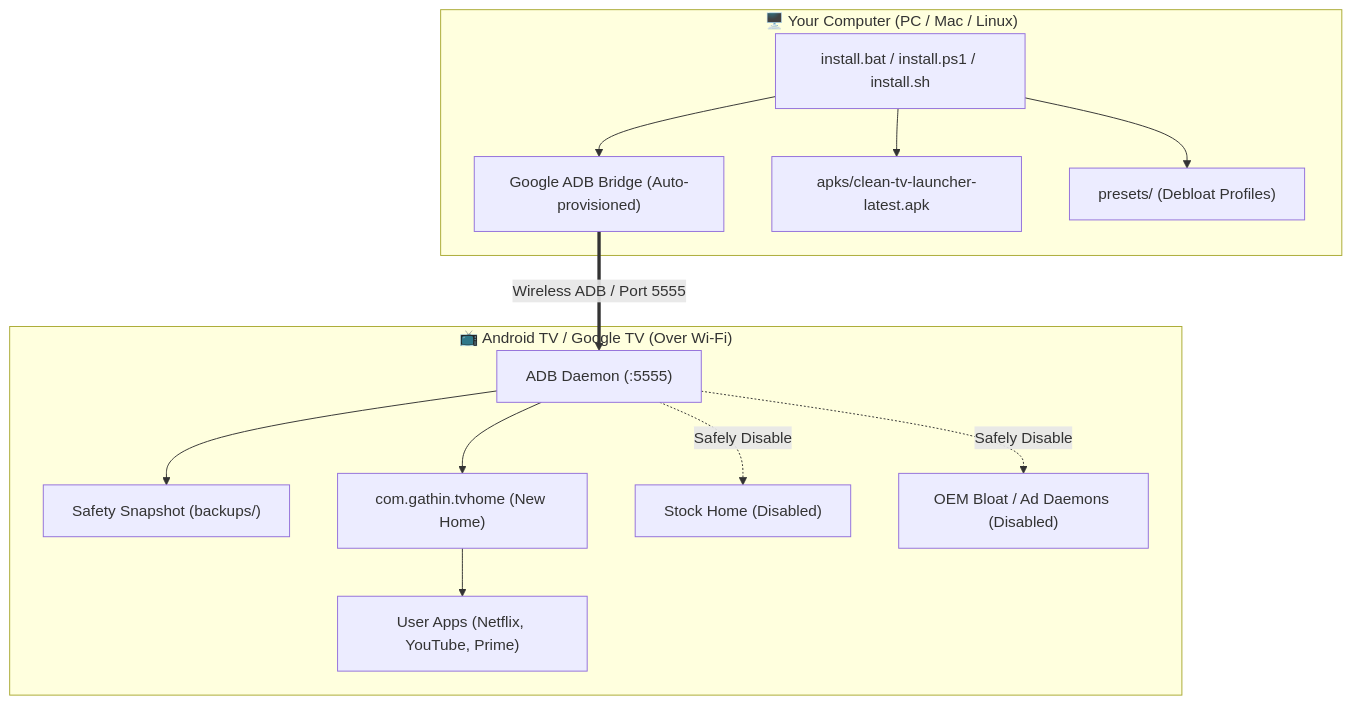
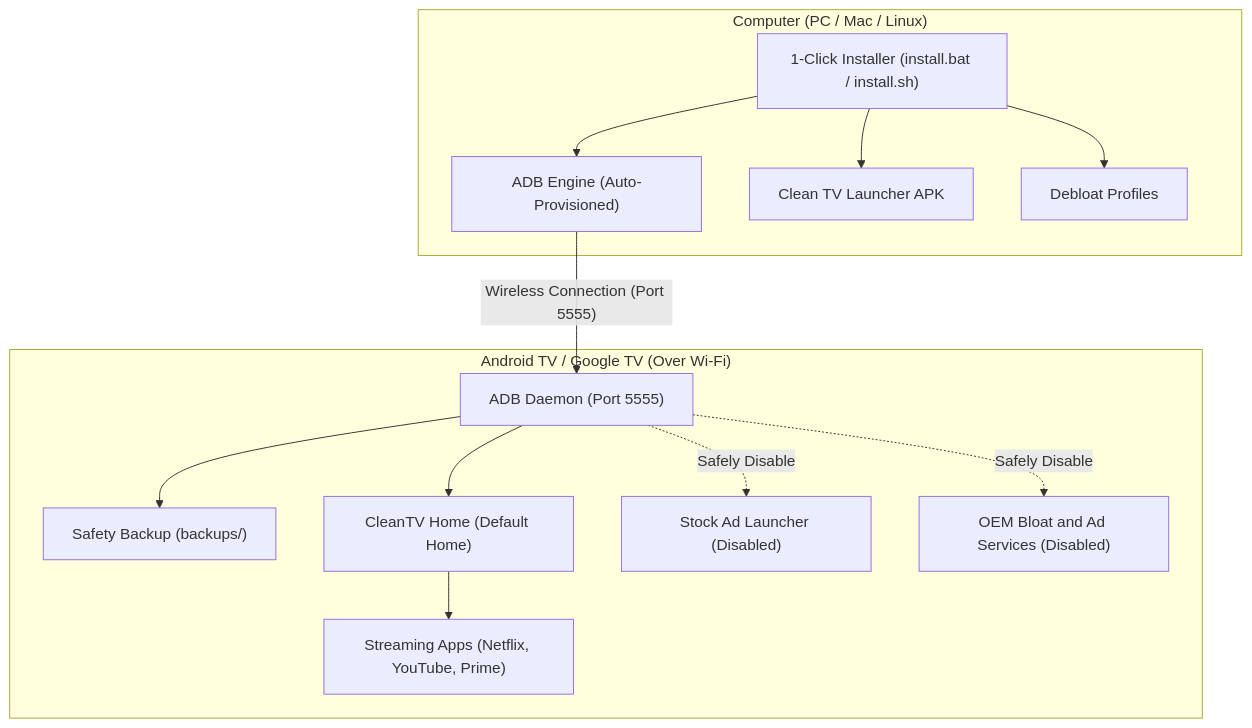
The first of 3 diagrams in README.md (Rishisharma029/CleanTV-Home), drawn with Mermaid before and after one commit. The commit also changed other lines of this file, not shown here.

Commit message:
fix(docs): resolve GitHub Mermaid diagram syntax errors

````diff
--- a/README.md
+++ b/README.md
@@ -39,29 +39,29 @@
 ```mermaid
 flowchart TD
-    subgraph PC["🖥️ Your Computer (PC / Mac / Linux)"]
-        Installer["install.bat / install.ps1 / install.sh"]
-        ADB["Google ADB Bridge (Auto-provisioned)"]
-        APKs["apks/clean-tv-launcher-latest.apk"]
-        Presets["presets/ (Debloat Profiles)"]
+    subgraph PC["Computer (PC / Mac / Linux)"]
+        Installer["1-Click Installer (install.bat / install.sh)"]
+        ADB["ADB Engine (Auto-Provisioned)"]
+        APKs["Clean TV Launcher APK"]
+        Presets["Debloat Profiles"]
         Installer --> ADB
         Installer --> APKs
         Installer --> Presets
     end
 
-    subgraph TV["📺 Android TV / Google TV (Over Wi-Fi)"]
-        Daemon["ADB Daemon (:5555)"]
-        Backup["Safety Snapshot (backups/)"]
-        Launcher["com.gathin.tvhome (New Home)"]
-        StockHome["Stock Home (Disabled)"]
-        Bloat["OEM Bloat / Ad Daemons (Disabled)"]
-        SafeApps["User Apps (Netflix, YouTube, Prime)"]
+    subgraph TV["Android TV / Google TV (Over Wi-Fi)"]
+        Daemon["ADB Daemon (Port 5555)"]
+        Backup["Safety Backup (backups/)"]
+        Launcher["CleanTV Home (Default Home)"]
+        StockHome["Stock Ad Launcher (Disabled)"]
+        Bloat["OEM Bloat and Ad Services (Disabled)"]
+        Apps["Streaming Apps (Netflix, YouTube, Prime)"]
 
         Daemon --> Backup
         Daemon --> Launcher
-        Daemon -.->|Safely Disable| StockHome
-        Daemon -.->|Safely Disable| Bloat
-        Launcher --> SafeApps
+        Daemon -.->|"Safely Disable"| StockHome
+        Daemon -.->|"Safely Disable"| Bloat
+        Launcher --> Apps
     end
 
-    ADB ==>|Wireless ADB / Port 5555| Daemon
+    ADB -->|"Wireless Connection (Port 5555)"| Daemon
 ```
````
